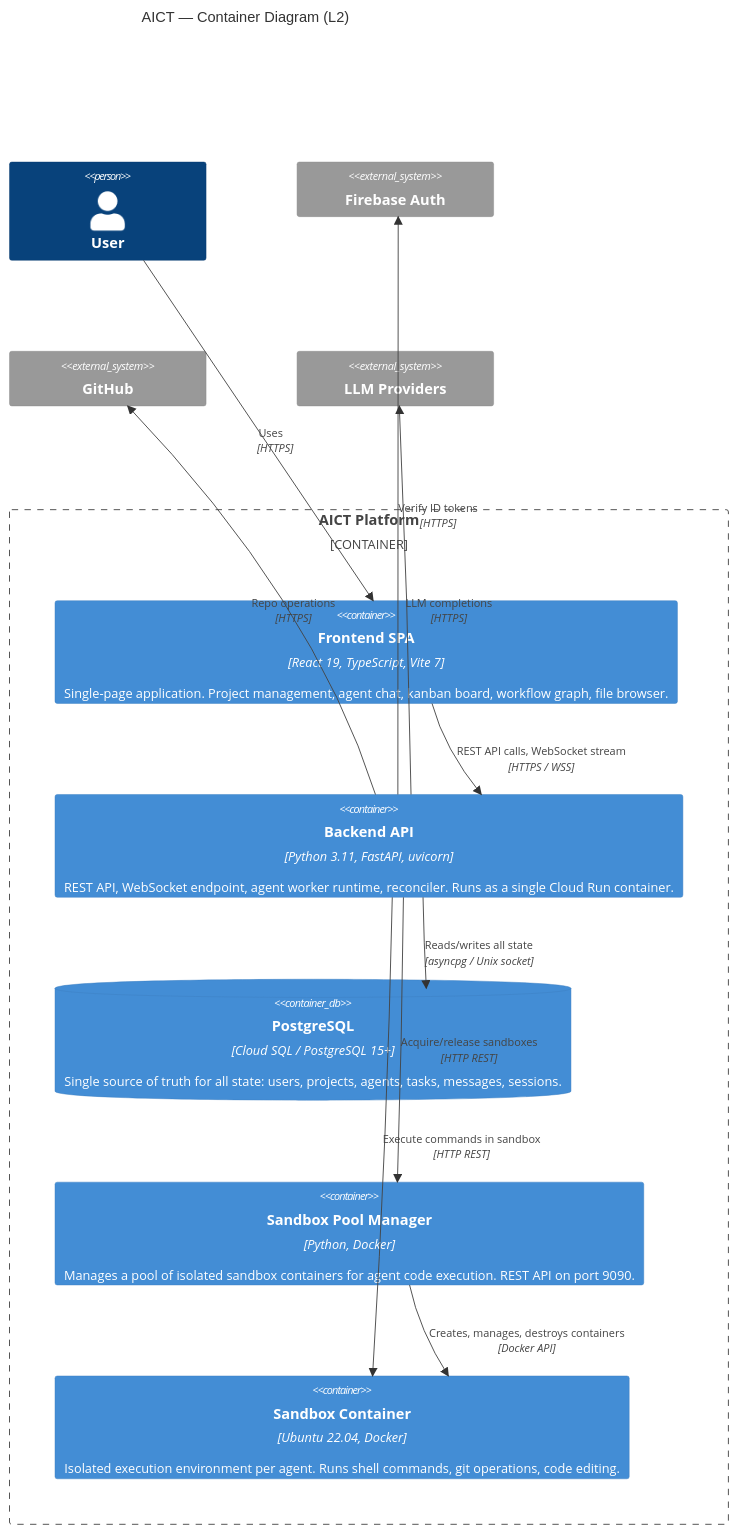
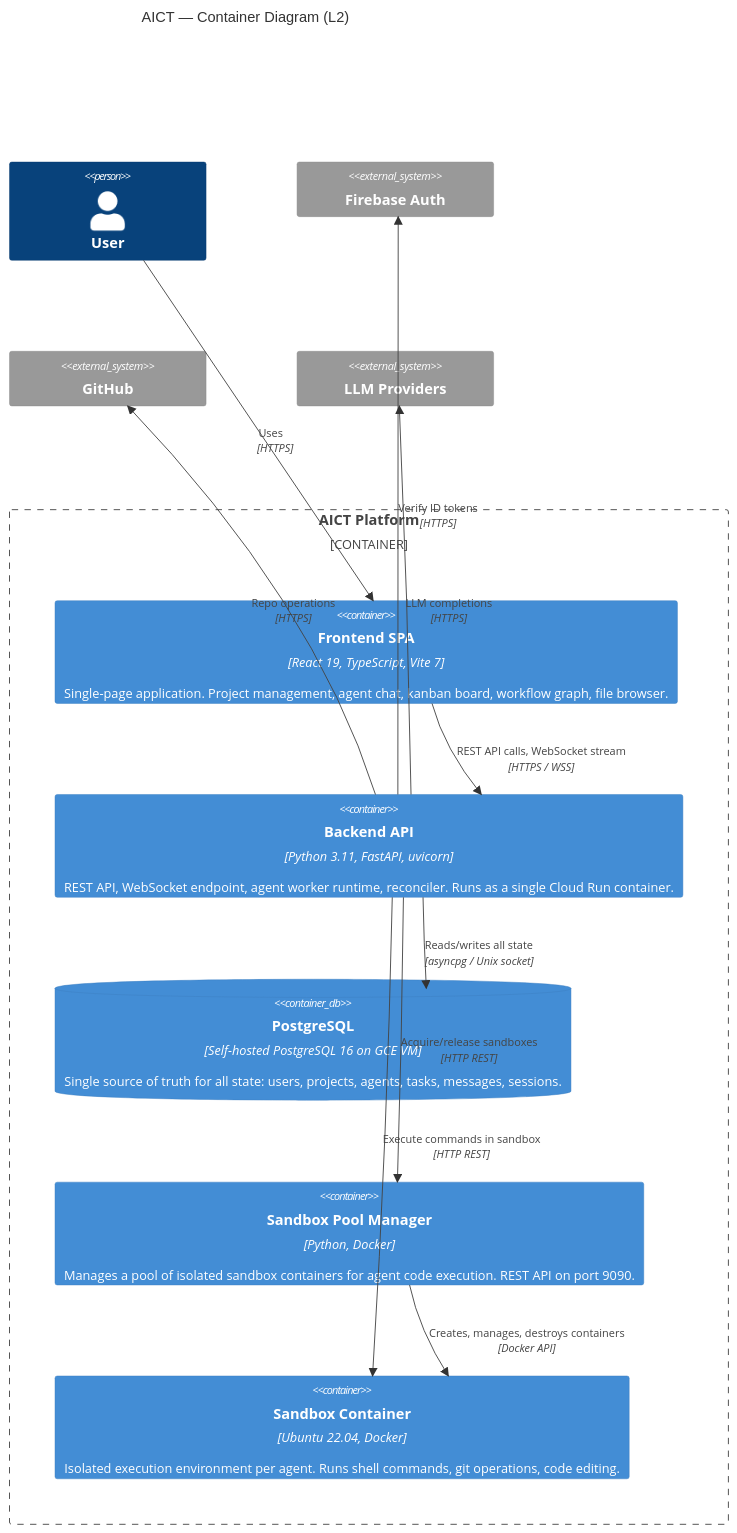
The second of 3 diagrams in docs/v1/c4-diagrams.md (ShikeChen01/AICT), drawn with Mermaid before and after one commit. The commit also changed other lines of this file and 58 other files, not shown here.

````diff
--- a/docs/v1/c4-diagrams.md
+++ b/docs/v1/c4-diagrams.md
@@ -60,28 +60,28 @@
 ```mermaid
 C4Container
     title AICT — Container Diagram (L2)
 
     Person(user, "User")
 
     Container_Boundary(aict, "AICT Platform") {
         Container(spa, "Frontend SPA", "React 19, TypeScript, Vite 7", "Single-page application. Project management, agent chat, kanban board, workflow graph, file browser.")
         Container(backend, "Backend API", "Python 3.11, FastAPI, uvicorn", "REST API, WebSocket endpoint, agent worker runtime, reconciler. Runs as a single Cloud Run container.")
-        ContainerDb(db, "PostgreSQL", "Cloud SQL / PostgreSQL 15+", "Single source of truth for all state: users, projects, agents, tasks, messages, sessions.")
+        ContainerDb(db, "PostgreSQL", "Self-hosted PostgreSQL 16 on GCE VM", "Single source of truth for all state: users, projects, agents, tasks, messages, sessions.")
         Container(sandbox, "Sandbox Pool Manager", "Python, Docker", "Manages a pool of isolated sandbox containers for agent code execution. REST API on port 9090.")
         Container(sandbox_vm, "Sandbox Container", "Ubuntu 22.04, Docker", "Isolated execution environment per agent. Runs shell commands, git operations, code editing.")
     }
 
     System_Ext(firebase, "Firebase Auth")
     System_Ext(github, "GitHub")
     System_Ext(llm, "LLM Providers")
 
     Rel(user, spa, "Uses", "HTTPS")
     Rel(spa, backend, "REST API calls, WebSocket stream", "HTTPS / WSS")
     Rel(backend, db, "Reads/writes all state", "asyncpg / Unix socket")
     Rel(backend, sandbox, "Acquire/release sandboxes", "HTTP REST")
     Rel(sandbox, sandbox_vm, "Creates, manages, destroys containers", "Docker API")
     Rel(backend, sandbox_vm, "Execute commands in sandbox", "HTTP REST")
     Rel(backend, firebase, "Verify ID tokens", "HTTPS")
     Rel(backend, github, "Repo operations", "HTTPS")
     Rel(backend, llm, "LLM completions", "HTTPS")
 ```
````
